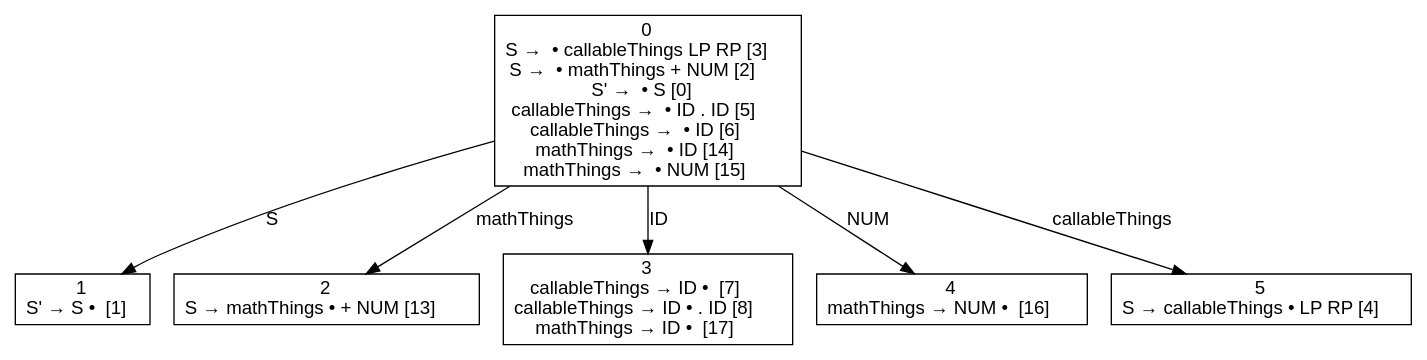
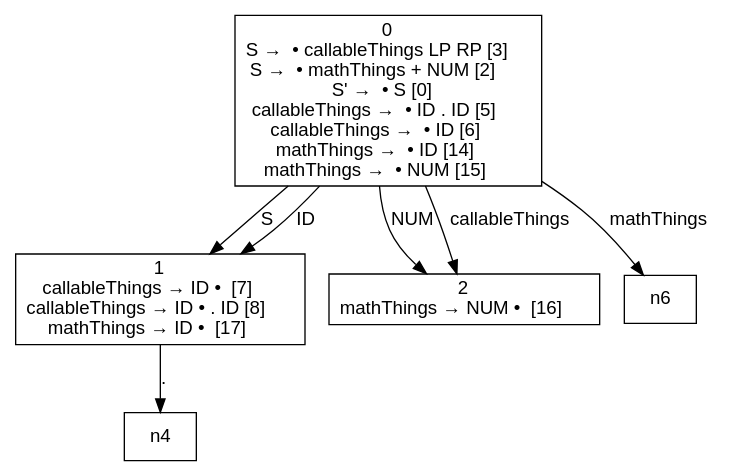
The diagram in PleaseWork/PleaseWork/oddball2.txt.dfa.dot (dragonsarebest/Compiler), drawn with Graphviz before and after one commit. The commit also changed 9 other files, not shown here.

```diff
--- a/PleaseWork/PleaseWork/oddball2.txt.dfa.dot
+++ b/PleaseWork/PleaseWork/oddball2.txt.dfa.dot
@@ -1,15 +1,13 @@
 digraph d{
 node [fontname=Helvetica,shape=box];
 edge [fontname=Helvetica];
 n0 [label=<0<br />S →  • callableThings LP RP [3]<br />S →  • mathThings + NUM [2]<br />S' →  • S [0]<br />callableThings →  • ID . ID [5]<br />callableThings →  • ID [6]<br />mathThings →  • ID [14]<br />mathThings →  • NUM [15]>];
-n1 [label=<1<br />S' → S •  [1]>];
-n2 [label=<2<br />S → mathThings • + NUM [13]>];
-n3 [label=<3<br />callableThings → ID •  [7]<br />callableThings → ID • . ID [8]<br />mathThings → ID •  [17]>];
-n4 [label=<4<br />mathThings → NUM •  [16]>];
-n5 [label=<5<br />S → callableThings • LP RP [4]>];
+n1 [label=<1<br />callableThings → ID •  [7]<br />callableThings → ID • . ID [8]<br />mathThings → ID •  [17]>];
+n2 [label=<2<br />mathThings → NUM •  [16]>];
 n0 -> n1 [label="S"];
-n0 -> n2 [label="mathThings"];
-n0 -> n3 [label="ID"];
-n0 -> n4 [label="NUM"];
-n0 -> n5 [label="callableThings"];
+n0 -> n6 [label="mathThings"];
+n0 -> n1 [label="ID"];
+n0 -> n2 [label="NUM"];
+n0 -> n2 [label="callableThings"];
+n1 -> n4 [label="."];
 }
```
